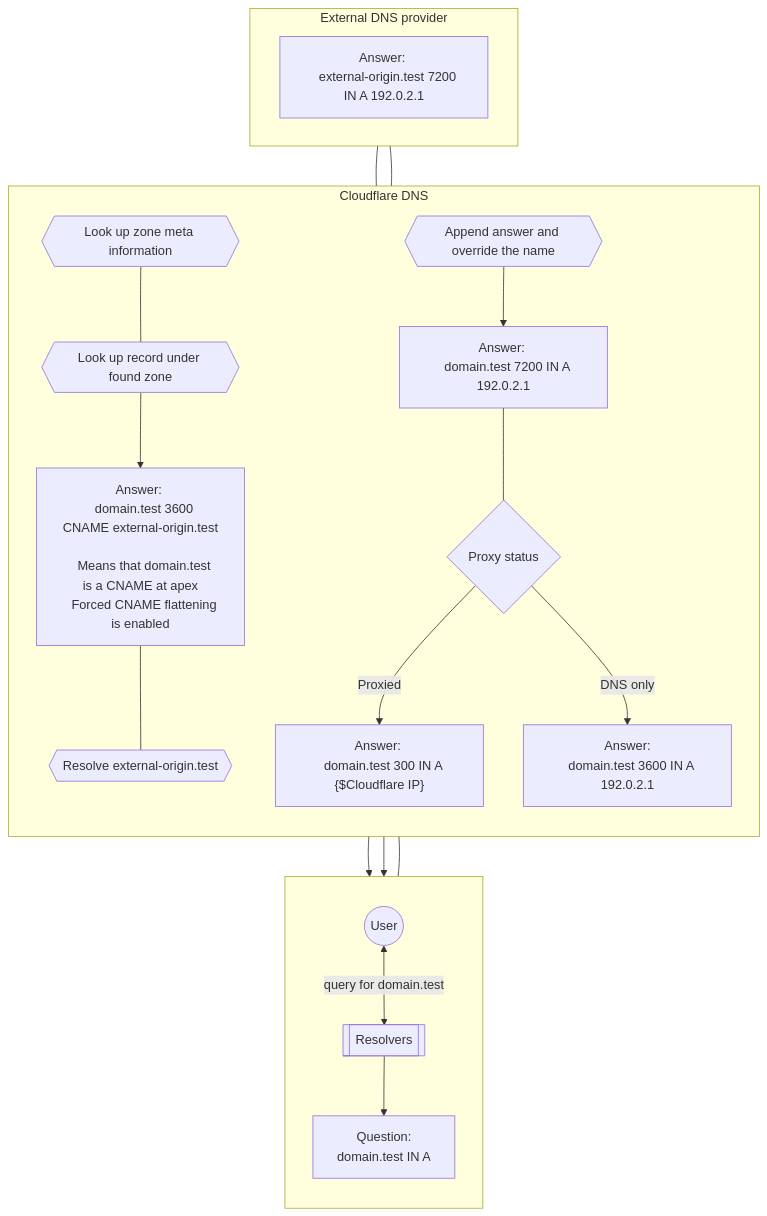
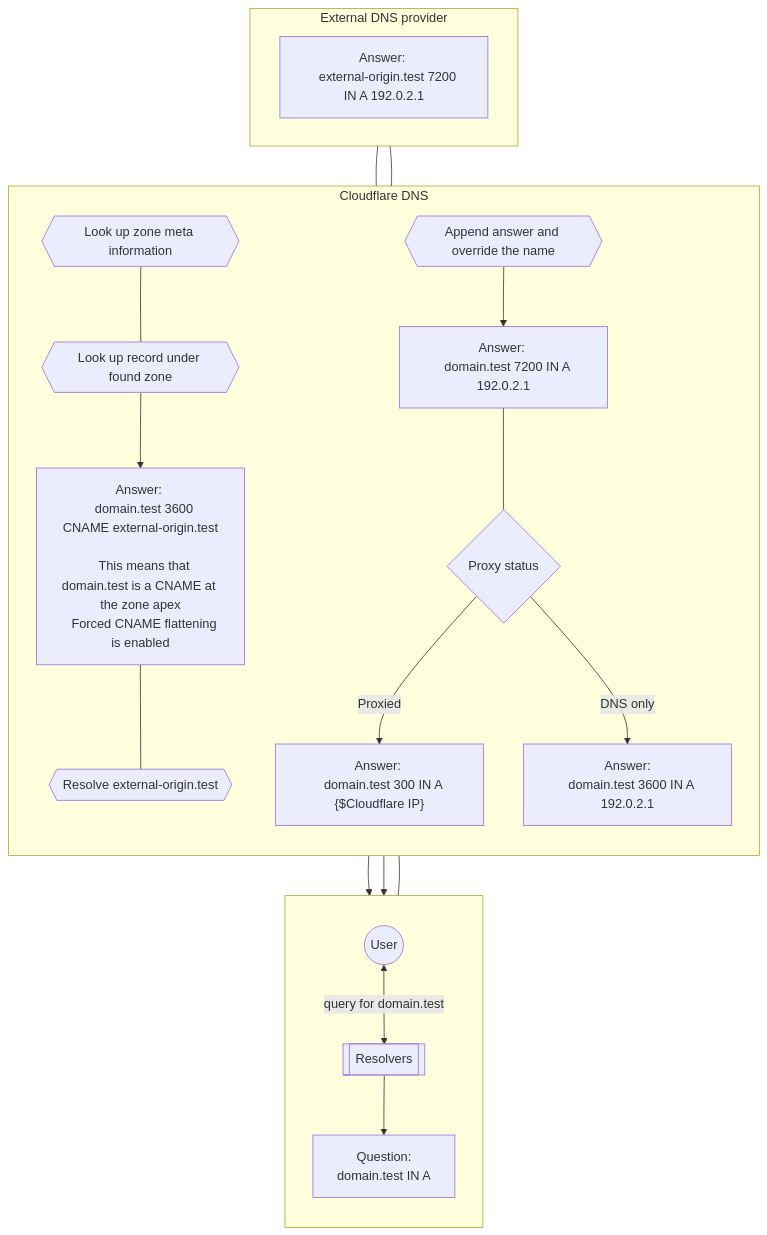
The diagram in content/dns/reference/cname-flattening-diagram.md (cloudflare/cloudflare-docs), drawn with Mermaid before and after one commit. The commit also changed other lines of this file and 1 other file, not shown here.

````diff
--- a/content/dns/reference/cname-flattening-diagram.md
+++ b/content/dns/reference/cname-flattening-diagram.md
@@ -31,31 +41,31 @@
 ```mermaid
 flowchart TD
 accTitle: CNAME flattening diagram
 accDescr: Diagram of CNAME flattening process when there is a request for a domain in Cloudflare and the zone has a CNAME record at root that points to an external A record.
  subgraph X [" "]
   direction TB
   A((User)) <--query for domain.test--> B[[Resolvers]] --> C
  end
  subgraph Y[Cloudflare DNS]
   direction TB
    C["Question: 
    domain.test IN A"] 
    C --- E{{Look up zone meta information}} --- F{{Look up record under found zone}} --> G["Answer: 
    domain.test 3600 CNAME external-origin.test
 
-   Means that domain.test is a CNAME at apex
+   This means that domain.test is a CNAME at the zone apex
    Forced CNAME flattening is enabled"] --- H{{Resolve external-origin.test}}
    K{{Append answer and override the name}} --> L["Answer: 
    domain.test 7200 IN A 192.0.2.1"] --- M{Proxy status}
    M --Proxied--> O["Answer: 
    domain.test 300 IN A {$Cloudflare IP}"] --> B
    M --DNS only--> N["Answer:
    domain.test 3600 IN A 192.0.2.1"] --> B
  end
  subgraph Z ["External DNS provider"]
   direction RL
     H --- J["Answer: 
    external-origin.test 7200 IN A 192.0.2.1"] --- K
  end
  
 ```
````
